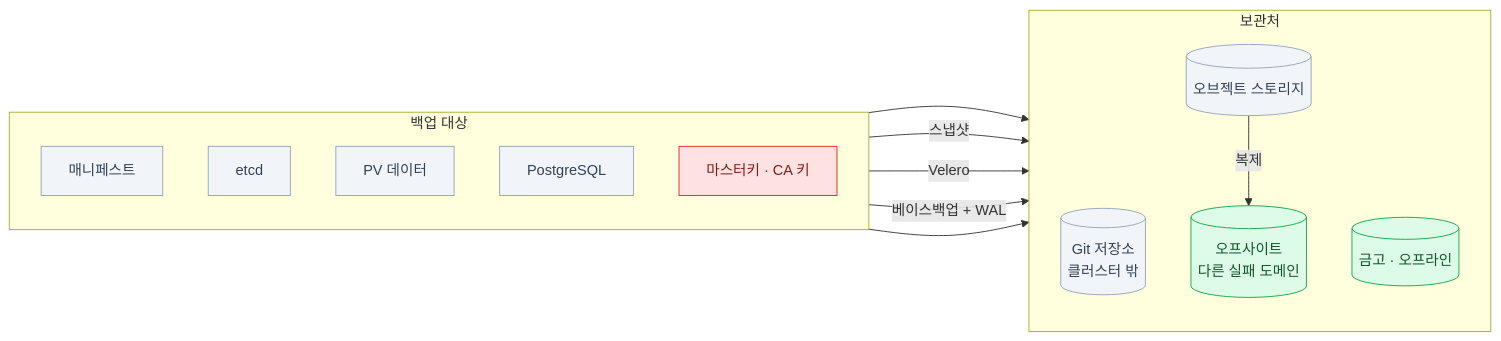
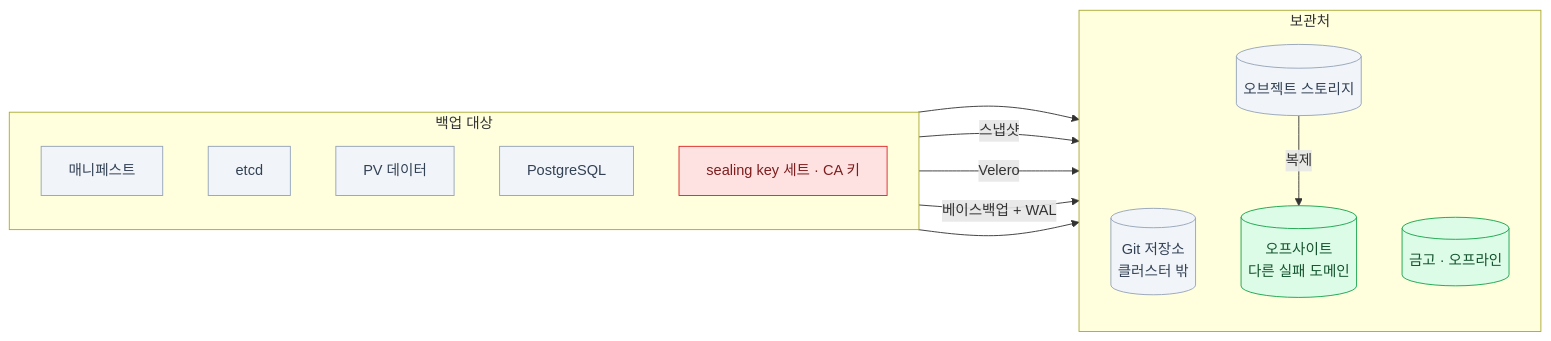
The diagram in src/content/docs/onprem/11-backup.mdx (mechurak/study-starlight), drawn with Mermaid before and after one commit. The commit also changed other lines of this file and 24 other files, not shown here.

````diff
--- a/src/content/docs/onprem/11-backup.mdx
+++ b/src/content/docs/onprem/11-backup.mdx
@@ -45,31 +46,31 @@
 ```mermaid
 flowchart LR
     subgraph src["백업 대상"]
         direction TB
         GIT2["매니페스트"]
         ETCD["etcd"]
         PV["PV 데이터"]
         DB["PostgreSQL"]
-        KEY["마스터키 · CA 키"]
+        KEY["sealing key 세트 · CA 키"]
     end
     subgraph dst["보관처"]
         direction TB
         GITR[("Git 저장소<br/>클러스터 밖")]
         S3[("오브젝트 스토리지")]
         OFF[("오프사이트<br/>다른 실패 도메인")]
         VAULT[("금고 · 오프라인")]
     end
     GIT2 --> GITR
     ETCD -->|"스냅샷"| S3
     PV -->|"Velero"| S3
     DB -->|"베이스백업 + WAL"| S3
     S3 -->|"복제"| OFF
     KEY --> VAULT
 
     classDef ok   fill:#dcfce7,stroke:#16a34a,color:#14532d
     classDef bad  fill:#fee2e2,stroke:#dc2626,color:#7f1d1d
     classDef mute fill:#f1f5f9,stroke:#94a3b8,color:#334155
     class OFF,VAULT ok
     class KEY bad
     class GIT2,ETCD,PV,DB,GITR,S3 mute
 ```
````
